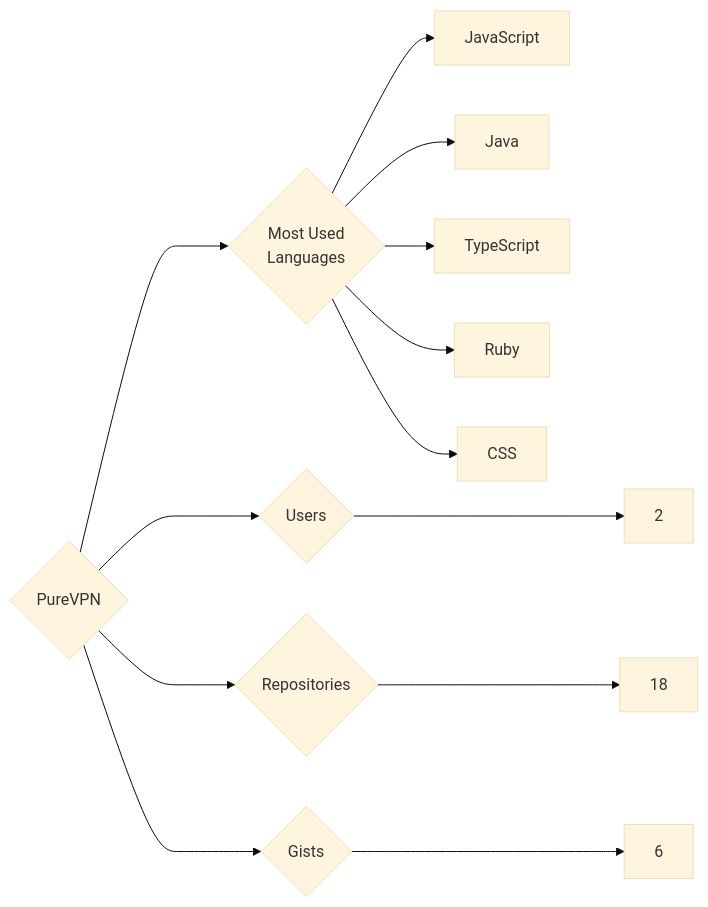
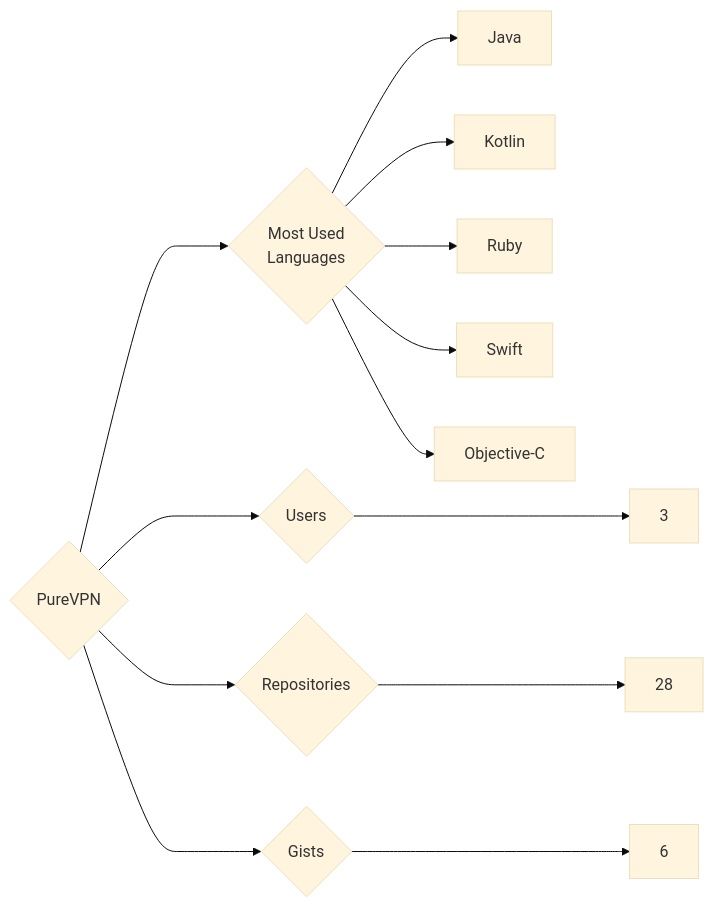
Before and after one commit to trickest/insiders: the diagram in targets/PureVPN/README.md, drawn with Mermaid (base theme). The commit also changed 787 other files, not shown here.

````diff
--- a/targets/PureVPN/README.md
+++ b/targets/PureVPN/README.md
@@ -3,13 +3,13 @@
 ```mermaid
 graph LR
 COMPANY_NAME{PureVPN}
-COMPANY_NAME ---> U{Users} ---> UN[2]
-COMPANY_NAME ---> R{Repositories} ---> RN[18]
+COMPANY_NAME ---> U{Users} ---> UN[3]
+COMPANY_NAME ---> R{Repositories} ---> RN[28]
 COMPANY_NAME ---> G{Gists} ---> GN[6]
 COMPANY_NAME ---> ML{Most Used<br>Languages}
-ML --> JavaScript[JavaScript]
 ML --> Java[Java]
-ML --> TypeScript[TypeScript]
+ML --> Kotlin[Kotlin]
 ML --> Ruby[Ruby]
-ML --> CSS[CSS]
+ML --> Swift[Swift]
+ML --> Objective-C[Objective-C]
 ```
````
